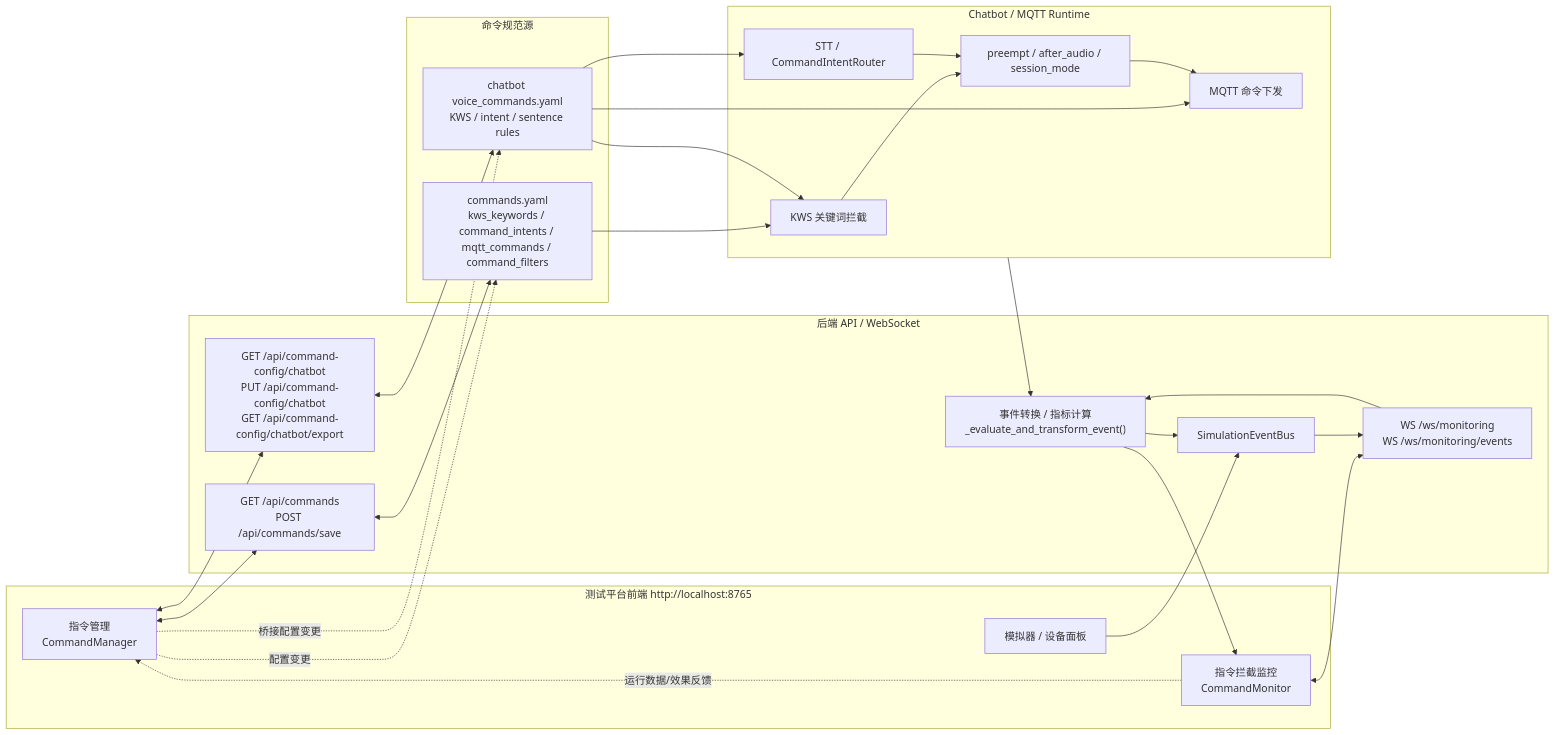
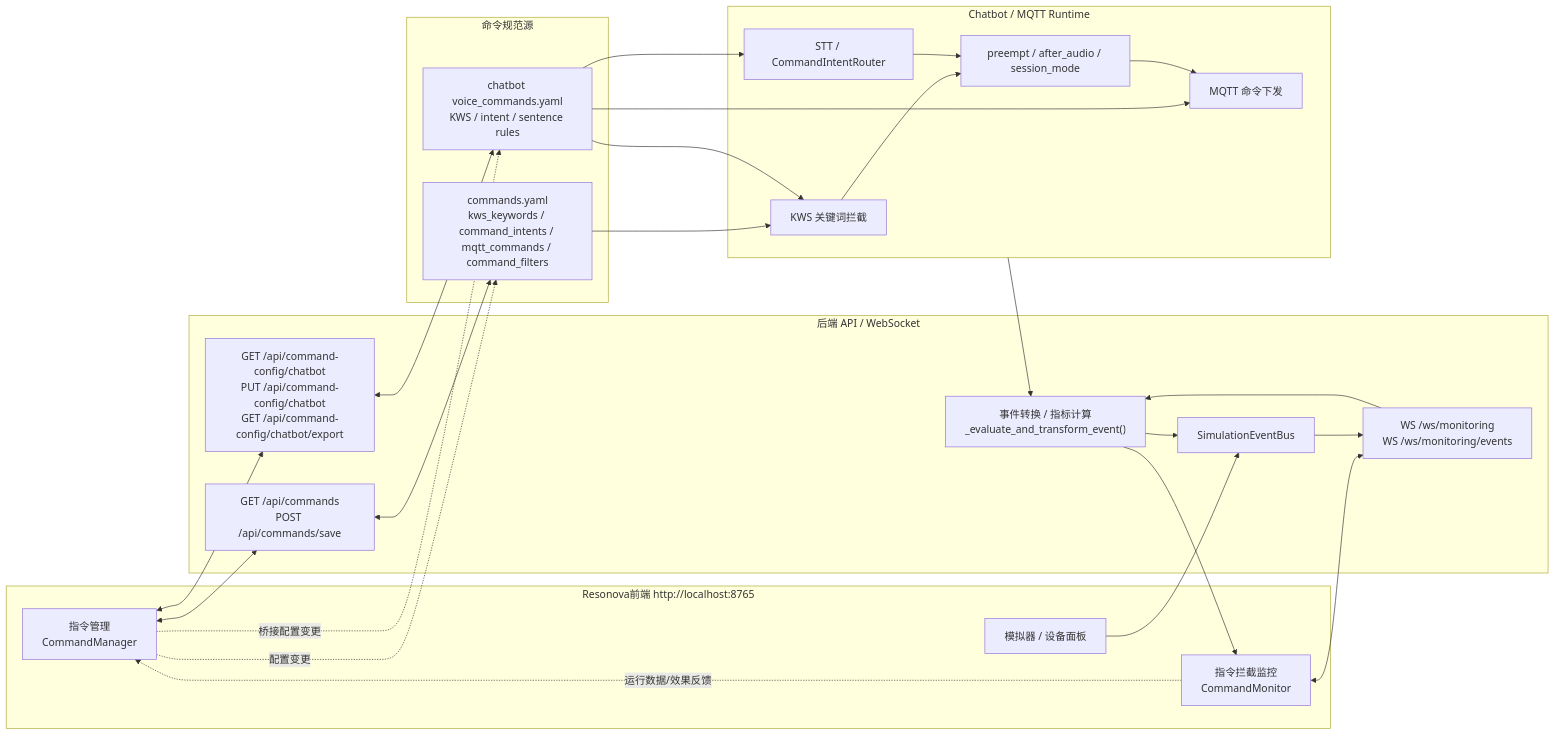
Before and after one commit to zebbingo/resonova: the diagram in docs/17-command-management-loop.md, drawn with Mermaid. The commit also changed other lines of this file and 27 other files, not shown here.

````diff
--- a/docs/17-command-management-loop.md
+++ b/docs/17-command-management-loop.md
@@ -23,56 +23,56 @@
 ```mermaid
 flowchart LR
-  subgraph UI["测试平台前端 http://localhost:8765"]
+  subgraph UI["Resonova前端 http://localhost:8765"]
     CM["指令管理<br/>CommandManager"]
     MON["指令拦截监控<br/>CommandMonitor"]
     SIM["模拟器 / 设备面板"]
   end
 
   subgraph API["后端 API / WebSocket"]
     CMDAPI["GET /api/commands<br/>POST /api/commands/save"]
     BOTCFG["GET /api/command-config/chatbot<br/>PUT /api/command-config/chatbot<br/>GET /api/command-config/chatbot/export"]
     WSMON["WS /ws/monitoring<br/>WS /ws/monitoring/events"]
     EVT["事件转换 / 指标计算<br/>_evaluate_and_transform_event()"]
     BUS["SimulationEventBus"]
   end
 
   subgraph CFG["命令规范源"]
     YAML["commands.yaml<br/>kws_keywords / command_intents / mqtt_commands / command_filters"]
     CHATBOT_YAML["chatbot voice_commands.yaml<br/>KWS / intent / sentence rules"]
   end
 
   subgraph RUNTIME["Chatbot / MQTT Runtime"]
     KWS["KWS 关键词拦截"]
     INTENT["STT / CommandIntentRouter"]
     MQTT["MQTT 命令下发"]
     LOGIC["preempt / after_audio / session_mode"]
   end
 
   CM <--> CMDAPI
   CMDAPI <--> YAML
   CM <--> BOTCFG
   BOTCFG <--> CHATBOT_YAML
 
   MON <--> WSMON
   WSMON --> EVT
   EVT --> BUS
 
   SIM --> BUS
   BUS --> WSMON
 
   YAML --> KWS
   CHATBOT_YAML --> INTENT
   CHATBOT_YAML --> KWS
   CHATBOT_YAML --> MQTT
 
   KWS --> LOGIC
   INTENT --> LOGIC
   LOGIC --> MQTT
 
   RUNTIME --> EVT
   EVT --> MON
 
   CM -.配置变更.-> YAML
   CM -.桥接配置变更.-> CHATBOT_YAML
   MON -.运行数据/效果反馈.-> CM
 ```
````
